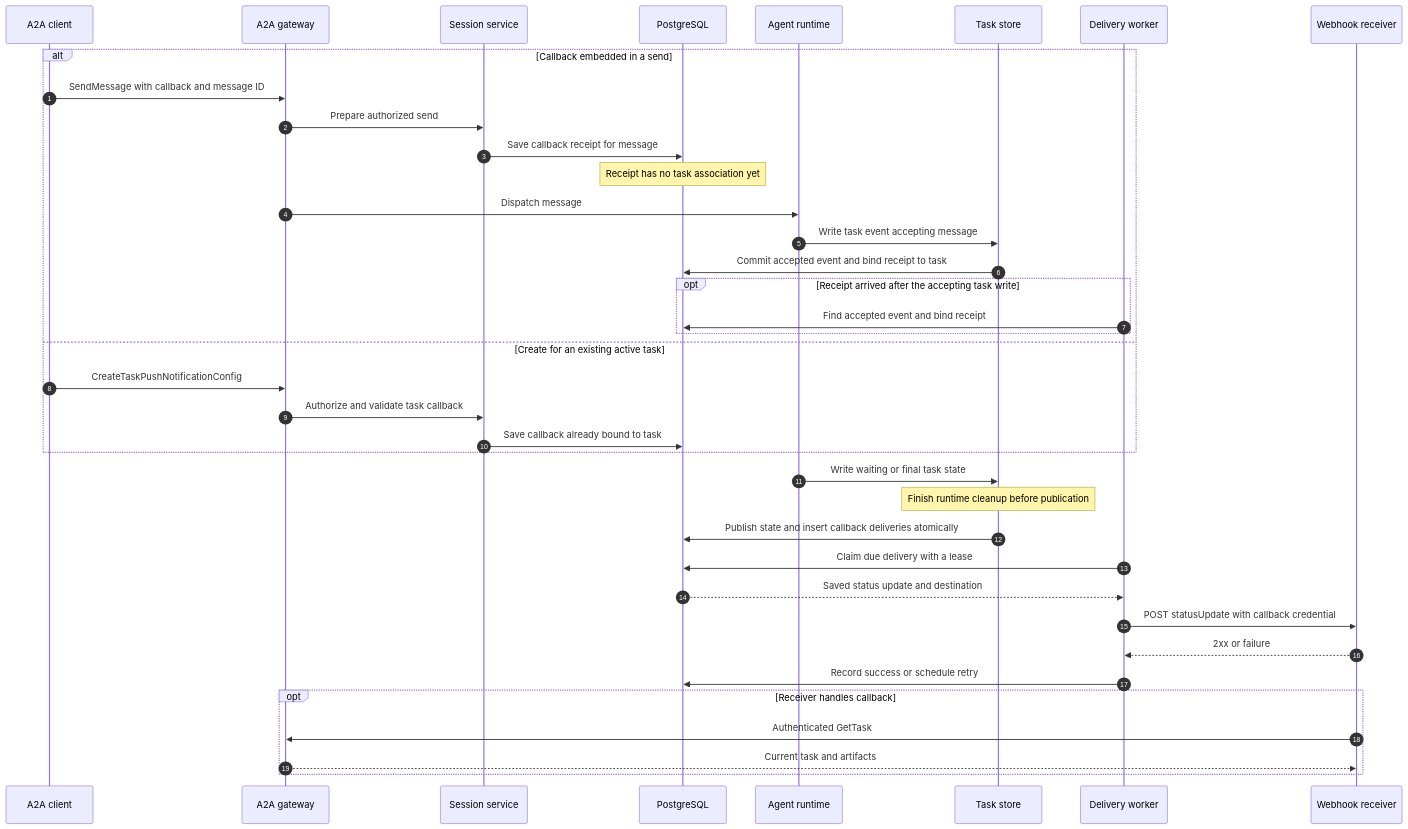
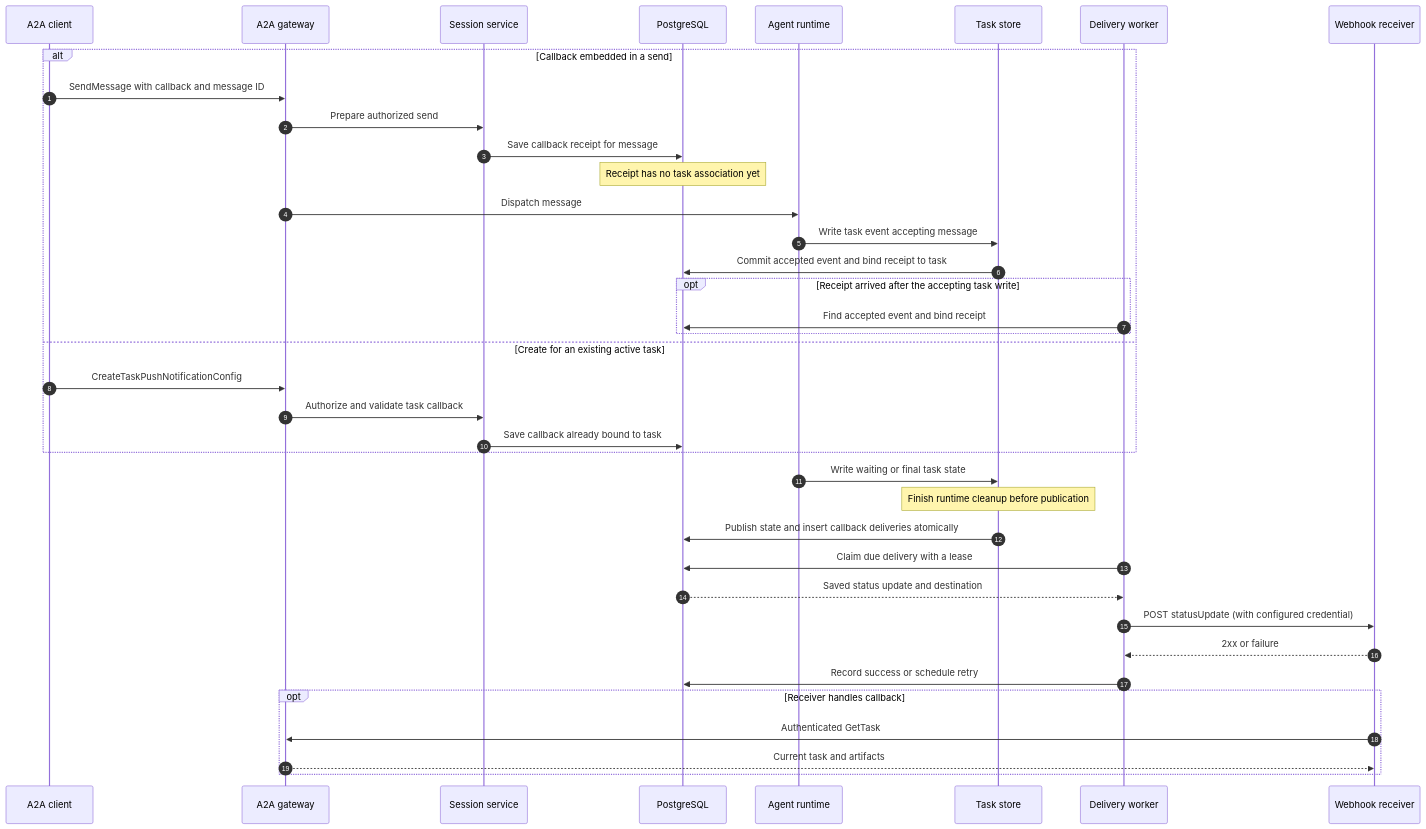
One commit to pood1e/kagent changed the third of 3 diagrams in docs/architecture/a2a-push-notifications.md. Above: the diagram before and after it, drawn with Mermaid. The commit also changed other lines of this file and 7 other files, not shown here.

````diff
--- a/docs/architecture/a2a-push-notifications.md
+++ b/docs/architecture/a2a-push-notifications.md
@@ -141,42 +153,42 @@
 ```mermaid
 sequenceDiagram
     autonumber
     participant C as A2A client
     participant G as A2A gateway
     participant S as Session service
     participant DB as PostgreSQL
     participant R as Agent runtime
     participant T as Task store
     participant W as Delivery worker
     participant H as Webhook receiver
 
     alt Callback embedded in a send
         C->>G: SendMessage with callback and message ID
         G->>S: Prepare authorized send
         S->>DB: Save callback receipt for message
         Note over DB: Receipt has no task association yet
         G->>R: Dispatch message
         R->>T: Write task event accepting message
         T->>DB: Commit accepted event and bind receipt to task
         opt Receipt arrived after the accepting task write
             W->>DB: Find accepted event and bind receipt
         end
     else Create for an existing active task
         C->>G: CreateTaskPushNotificationConfig
         G->>S: Authorize and validate task callback
         S->>DB: Save callback already bound to task
     end
 
     R->>T: Write waiting or final task state
     Note over T: Finish runtime cleanup before publication
     T->>DB: Publish state and insert callback deliveries atomically
     W->>DB: Claim due delivery with a lease
     DB-->>W: Saved status update and destination
-    W->>H: POST statusUpdate with callback credential
+    W->>H: POST statusUpdate (with configured credential)
     H-->>W: 2xx or failure
     W->>DB: Record success or schedule retry
     opt Receiver handles callback
         H->>G: Authenticated GetTask
         G-->>H: Current task and artifacts
     end
 ```
````
